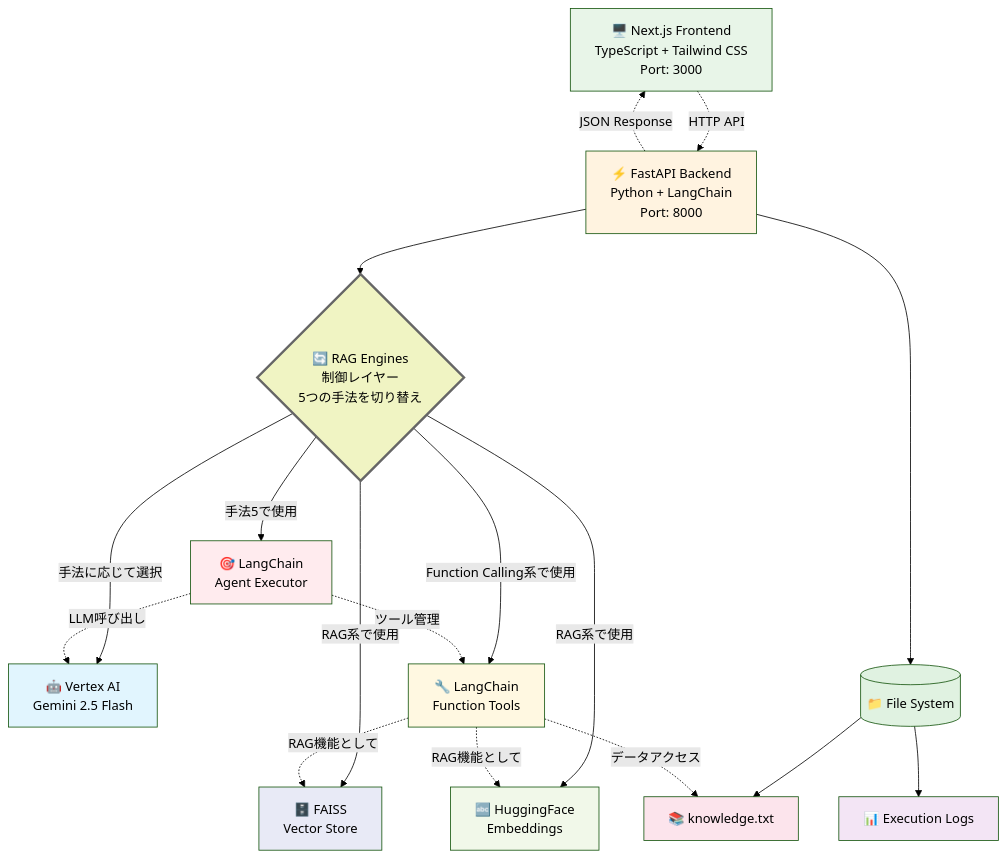
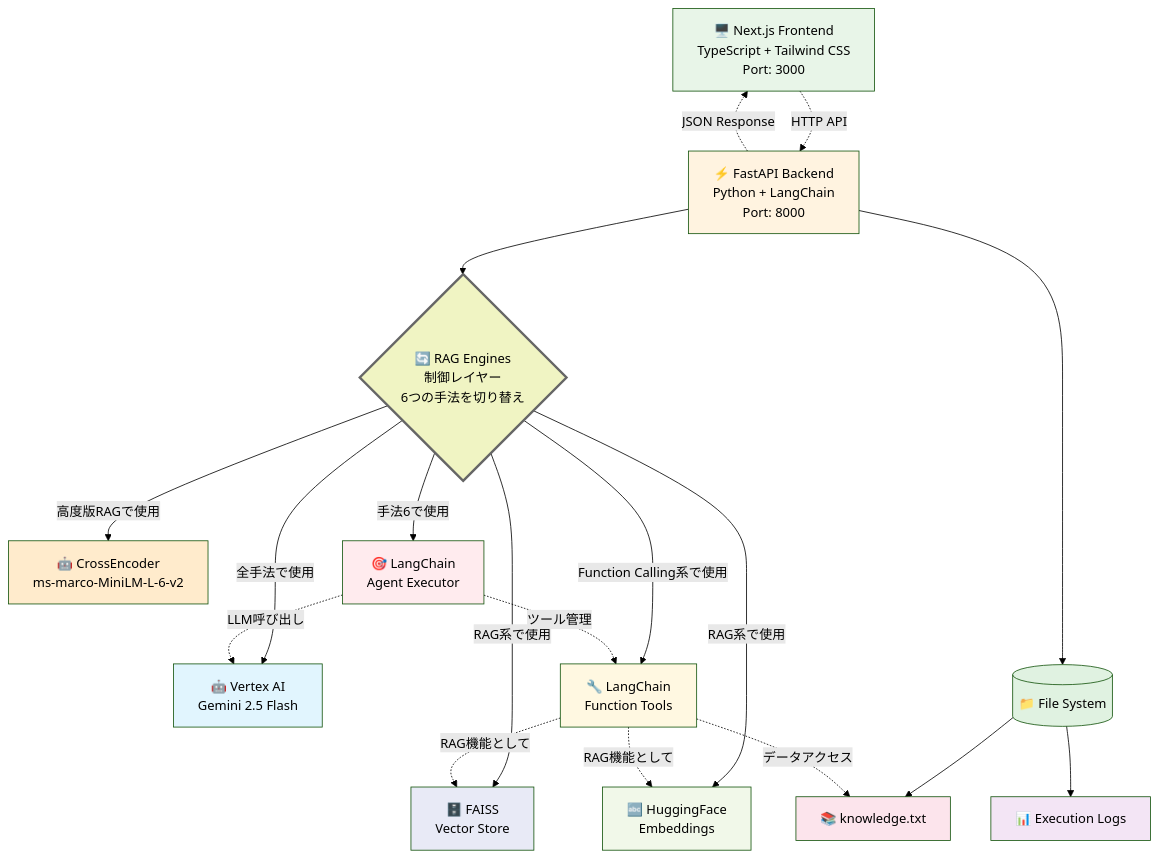
Before and after one commit to safubuki/rag-sample-codes: the first of 7 diagrams in README.md, drawn with Mermaid (forest theme). The commit also changed other lines of this file, not shown here.

````diff
--- a/README.md
+++ b/README.md
@@ -239,39 +446,41 @@
 ```mermaid
 graph TD
     Frontend[🖥️ Next.js Frontend<br/>TypeScript + Tailwind CSS<br/>Port: 3000] 
     Backend[⚡ FastAPI Backend<br/>Python + LangChain<br/>Port: 8000]
     
     Frontend -.->|HTTP API| Backend
     Backend -.->|JSON Response| Frontend
     
-    Backend --> Controller{🔄 RAG Engines<br/>制御レイヤー<br/>5つの手法を切り替え}
+    Backend --> Controller{🔄 RAG Engines<br/>制御レイヤー<br/>6つの手法を切り替え}
     
-    Controller -->|手法に応じて選択| LLM[🤖 Vertex AI<br/>Gemini 2.5 Flash]
+    Controller -->|全手法で使用| LLM[🤖 Vertex AI<br/>Gemini 2.5 Flash]
     Controller -->|RAG系で使用| Vector[🗄️ FAISS<br/>Vector Store]
     Controller -->|RAG系で使用| Embed[🔤 HuggingFace<br/>Embeddings]
+    Controller -->|高度版RAGで使用| CrossEnc[🤖 CrossEncoder<br/>ms-marco-MiniLM-L-6-v2]
     Controller -->|Function Calling系で使用| Tools[🔧 LangChain<br/>Function Tools]
-    Controller -->|手法5で使用| Agent[🎯 LangChain<br/>Agent Executor]
+    Controller -->|手法6で使用| Agent[🎯 LangChain<br/>Agent Executor]
     
     Tools -.->|RAG機能として| Vector
     Tools -.->|RAG機能として| Embed
     Agent -.->|ツール管理| Tools
     Agent -.->|LLM呼び出し| LLM
     
     Backend --> Storage[(📁 File System)]
     Storage --> KB[📚 knowledge.txt]
     Storage --> Logs[📊 Execution Logs]
     
     Tools -.->|データアクセス| KB
     
     style Frontend fill:#e8f5e8,color:#000
     style Backend fill:#fff3e0,color:#000
     style Controller fill:#f0f4c3,color:#000,stroke:#666,stroke-width:3px
     style LLM fill:#e1f5fe,color:#000
     style Vector fill:#e8eaf6,color:#000
     style Embed fill:#f1f8e9,color:#000
+    style CrossEnc fill:#ffebcc,color:#000
     style Tools fill:#fff8e1,color:#000
     style Agent fill:#ffebee,color:#000
     style KB fill:#fce4ec,color:#000
     style Logs fill:#f3e5f5,color:#000
     style Storage fill:#e0f2e1,color:#000
 ```
````
